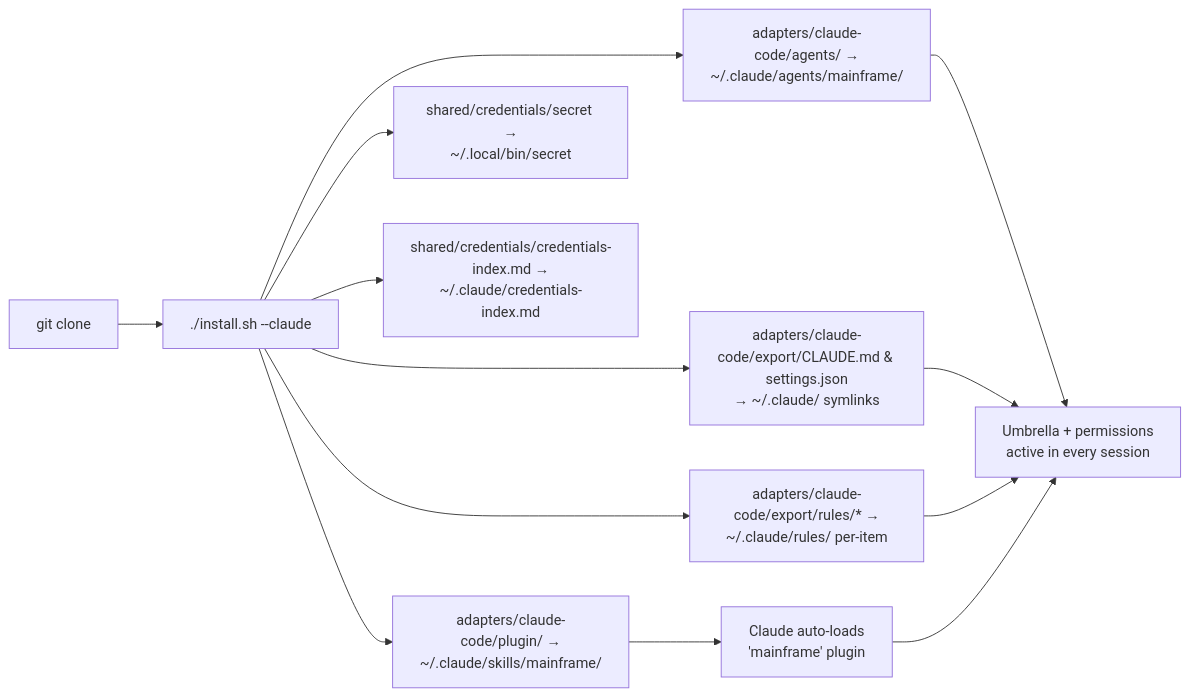
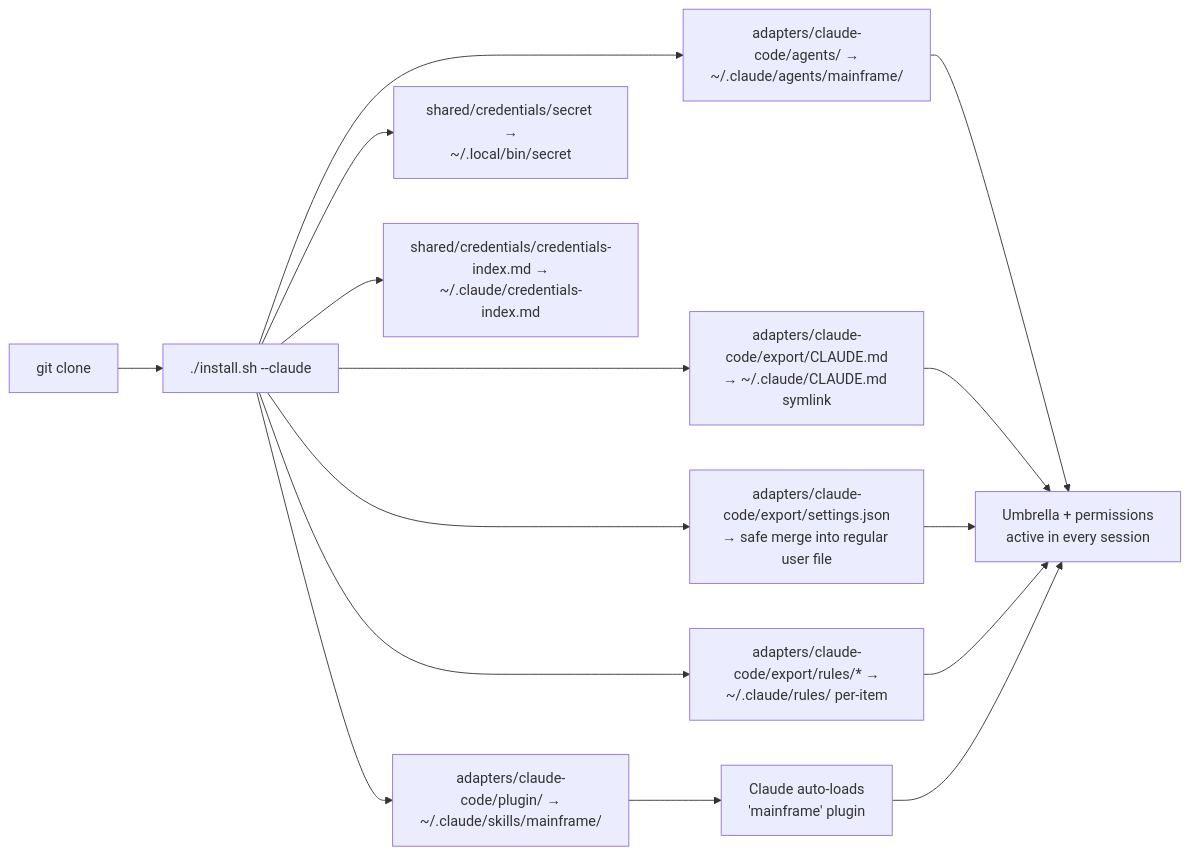
The second of 3 diagrams in README.md (CATWILLgh/MAINFRAME), drawn with Mermaid before and after one commit. The commit also changed other lines of this file and 3 other files, not shown here.

Commit message:
fix(claude-code): preserve mutable user settings

````diff
--- a/README.md
+++ b/README.md
@@ -233,15 +235,17 @@
 ```mermaid
 graph LR
     A[git clone] --> B[./install.sh --claude]
     B --> C[adapters/claude-code/plugin/ →<br/>~/.claude/skills/mainframe/]
     B --> I[adapters/claude-code/agents/ →<br/>~/.claude/agents/mainframe/]
-    B --> D[adapters/claude-code/export/CLAUDE.md & settings.json<br/>→ ~/.claude/ symlinks]
+    B --> D[adapters/claude-code/export/CLAUDE.md<br/>→ ~/.claude/CLAUDE.md symlink]
+    B --> K[adapters/claude-code/export/settings.json<br/>→ safe merge into regular user file]
     B --> E[adapters/claude-code/export/rules/* →<br/>~/.claude/rules/ per-item]
     B --> H[shared/credentials/secret →<br/>~/.local/bin/secret]
     B --> J[shared/credentials/credentials-index.md →<br/>~/.claude/credentials-index.md]
     C --> F[Claude auto-loads<br/>'mainframe' plugin]
     I --> G
     D --> G[Umbrella + permissions<br/>active in every session]
+    K --> G
     E --> G
     F --> G
 ```
````
